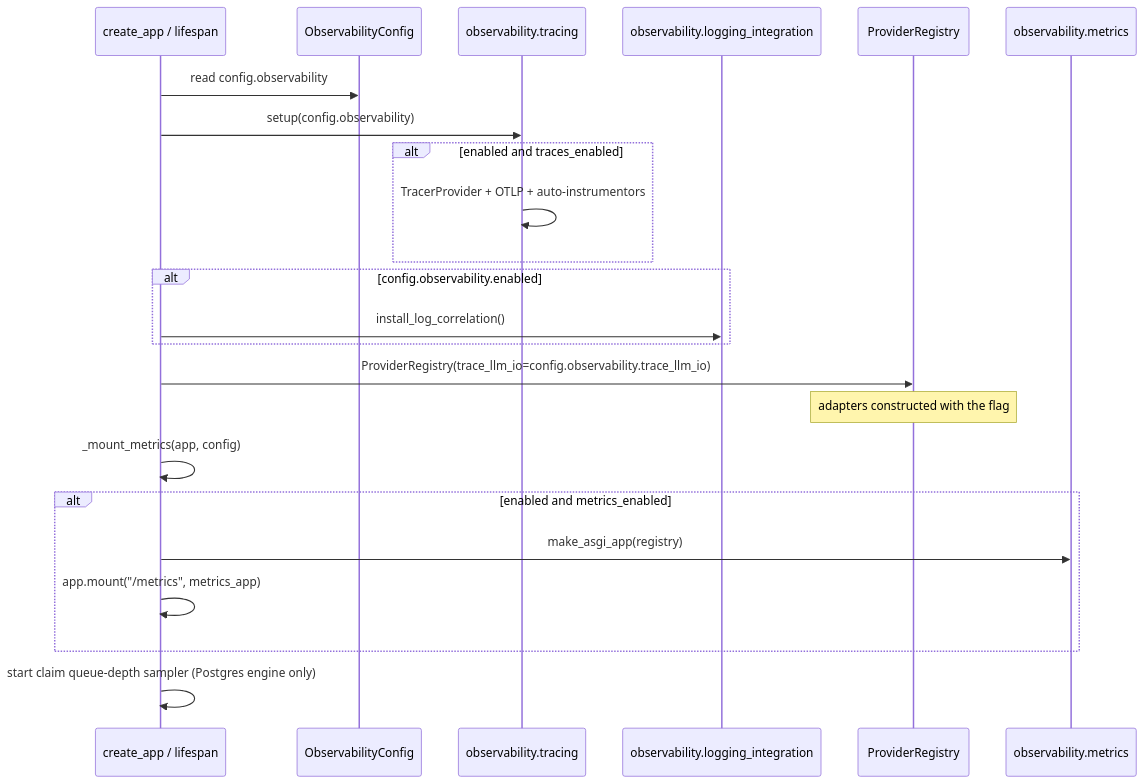
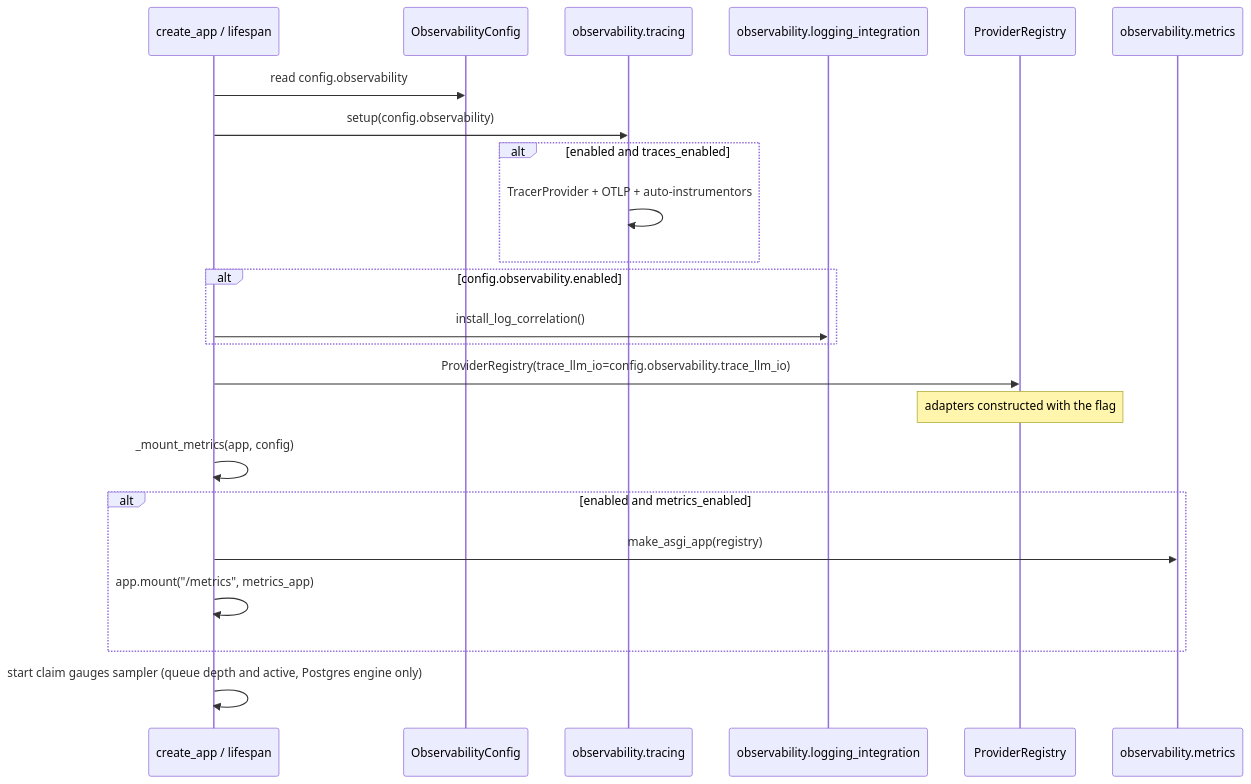
One commit to primerhq/primer changed the second of 2 diagrams in docs/dev/architecture/observability.md. Above: the diagram before and after it, drawn with Mermaid. The commit also changed other lines of this file, not shown here.

First line of the commit message:
docs: observability.md describes the claim gauges sampler (queue depth and active leases, every kind set each pass)

````diff
--- a/docs/dev/architecture/observability.md
+++ b/docs/dev/architecture/observability.md
@@ -384,25 +384,25 @@
 ```mermaid
 sequenceDiagram
     participant Boot as create_app / lifespan
     participant Cfg as ObservabilityConfig
     participant Trace as observability.tracing
     participant Log as observability.logging_integration
     participant Reg as ProviderRegistry
     participant Metrics as observability.metrics
     Boot->>Cfg: read config.observability
     Boot->>Trace: setup(config.observability)
     alt enabled and traces_enabled
         Trace->>Trace: TracerProvider + OTLP + auto-instrumentors
     end
     alt config.observability.enabled
         Boot->>Log: install_log_correlation()
     end
     Boot->>Reg: ProviderRegistry(trace_llm_io=config.observability.trace_llm_io)
     Note over Reg: adapters constructed with the flag
     Boot->>Boot: _mount_metrics(app, config)
     alt enabled and metrics_enabled
         Boot->>Metrics: make_asgi_app(registry)
         Boot->>Boot: app.mount("/metrics", metrics_app)
     end
-    Boot->>Boot: start claim queue-depth sampler (Postgres engine only)
+    Boot->>Boot: start claim gauges sampler (queue depth and active, Postgres engine only)
 ```
````
